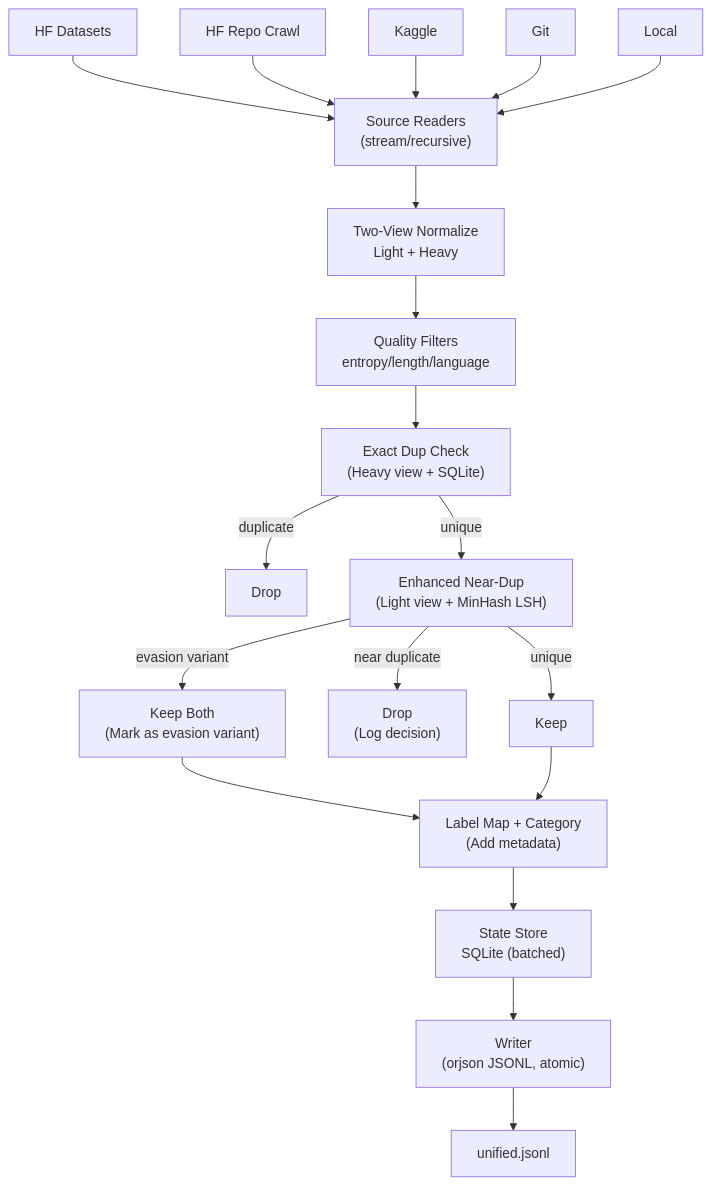
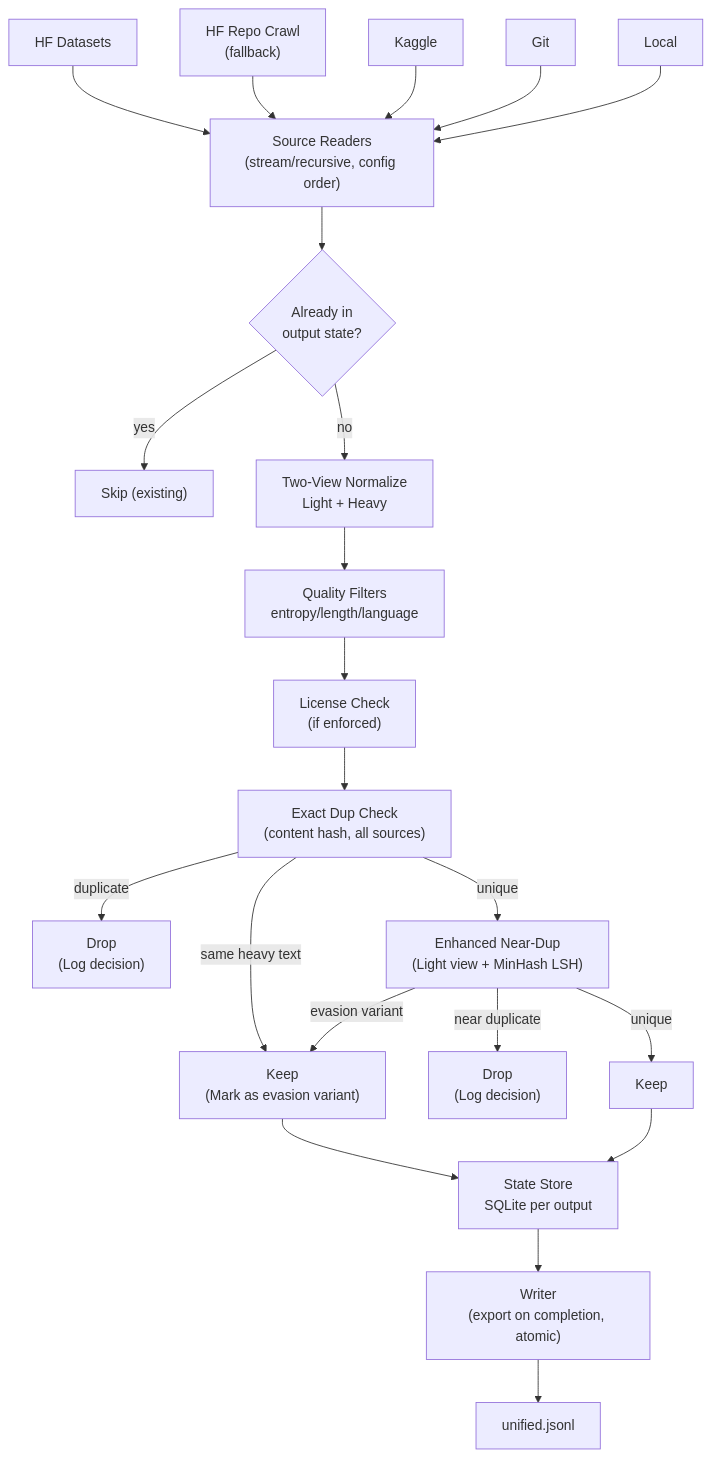
One commit to raaihank/Ingestor changed the diagram in README.md. Above: the diagram before and after it, drawn with Mermaid. The commit also changed other lines of this file, not shown here.

````diff
--- a/README.md
+++ b/README.md
@@ -364,21 +394,24 @@
 ```mermaid
 flowchart TB
   A["HF Datasets"] --> B
-  A2["HF Repo Crawl"] --> B
+  A2["HF Repo Crawl<br/>(fallback)"] --> B
   K["Kaggle"] --> B
   G["Git"] --> B
   L["Local"] --> B
-  B["Source Readers<br/>(stream/recursive)"] --> C["Two-View Normalize<br/>Light + Heavy"]
+  B["Source Readers<br/>(stream/recursive, config order)"] --> R{"Already in<br/>output state?"}
+  R -->|yes| X0["Skip (existing)"]
+  R -->|no| C["Two-View Normalize<br/>Light + Heavy"]
   C --> D["Quality Filters<br/>entropy/length/language"]
-  D --> E1["Exact Dup Check<br/>(Heavy view + SQLite)"]
-  E1 -->|duplicate| X1["Drop"]
+  D --> LIC["License Check<br/>(if enforced)"]
+  LIC --> E1["Exact Dup Check<br/>(content hash, all sources)"]
+  E1 -->|duplicate| X1["Drop<br/>(Log decision)"]
+  E1 -->|same heavy text| K1["Keep<br/>(Mark as evasion variant)"]
   E1 -->|unique| E2["Enhanced Near-Dup<br/>(Light view + MinHash LSH)"]
-  E2 -->|evasion variant| K1["Keep Both<br/>(Mark as evasion variant)"]
+  E2 -->|evasion variant| K1
   E2 -->|near duplicate| X2["Drop<br/>(Log decision)"]
   E2 -->|unique| K2["Keep"]
-  K1 --> F["Label Map + Category<br/>(Add metadata)"]
-  K2 --> F
-  F --> S["State Store<br/>SQLite (batched)"]
-  S --> W["Writer<br/>(orjson JSONL, atomic)"]
+  K1 --> S["State Store<br/>SQLite per output"]
+  K2 --> S
+  S --> W["Writer<br/>(export on completion, atomic)"]
   W --> O["unified.jsonl"]
 ```
````
